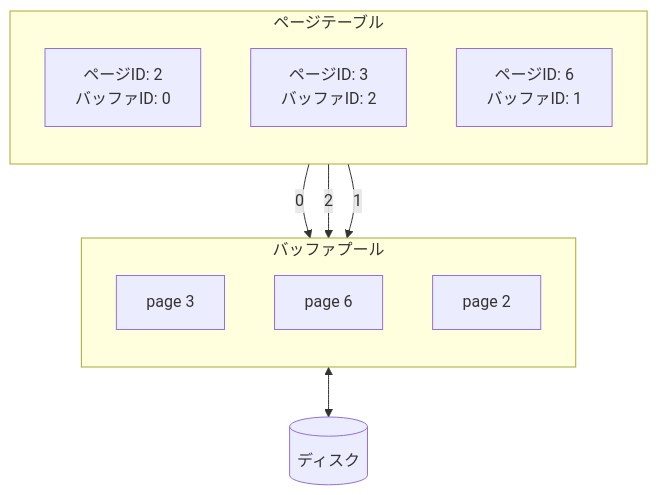
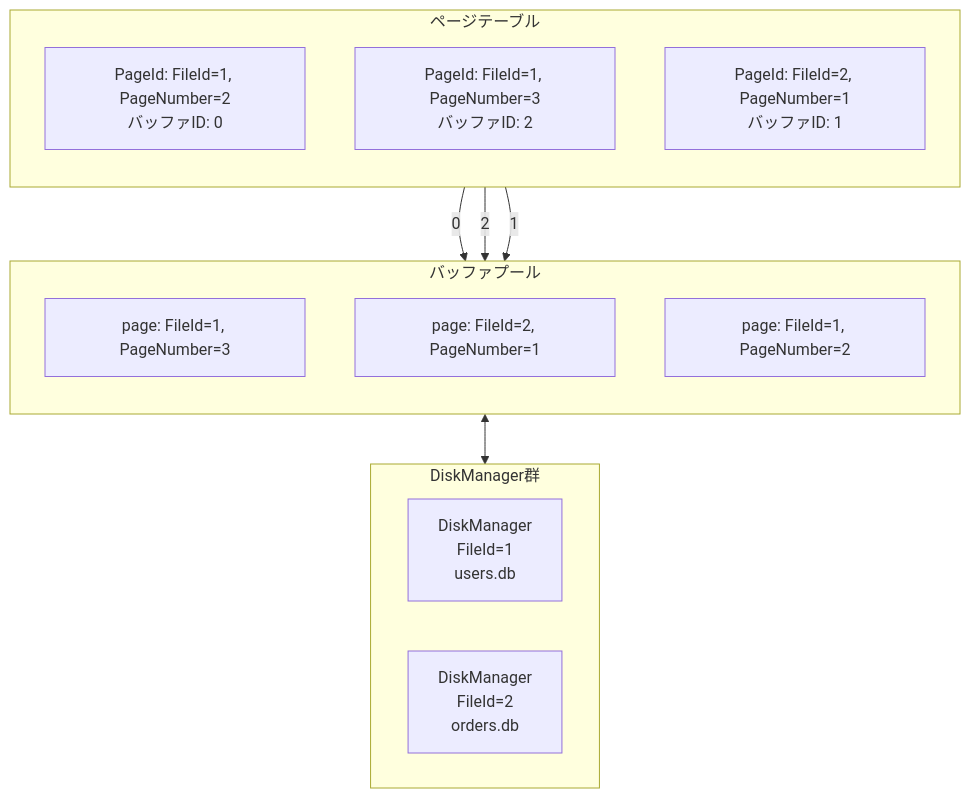
Before and after one commit to ren-yamanashi/minesql: the first of 2 diagrams in docs/architecture/bufferpool.md, drawn with Mermaid. The commit also changed other lines of this file, not shown here.

Commit message:
update bufferpool docs

````diff
--- a/docs/architecture/bufferpool.md
+++ b/docs/architecture/bufferpool.md
@@ -17,24 +24,27 @@
 ```mermaid
 graph TD
   subgraph pageTable[ページテーブル]
     direction TB
-    PT1[ページID: 2<br>バッファID: 0]
-    PT2[ページID: 3<br>バッファID: 2]
-    PT3[ページID: 6<br>バッファID: 1]
+    PT1[PageId: FileId=1, PageNumber=2<br>バッファID: 0]
+    PT2[PageId: FileId=1, PageNumber=3<br>バッファID: 2]
+    PT3[PageId: FileId=2, PageNumber=1<br>バッファID: 1]
     end
 
   subgraph bufferPool[バッファプール]
     direction TB
-    P1[page 3]
-    P2[page 6]
-    P3[page 2]
+    P1[page: FileId=1, PageNumber=3]
+    P2[page: FileId=2, PageNumber=1]
+    P3[page: FileId=1, PageNumber=2]
   end
 
   PT2 --0--> P1
   PT1 --2--> P3
   PT3 --1--> P2
 
-  disk[(ディスク)]
-  
-  bufferPool <--> disk
+  subgraph diskManagers[DiskManager群]
+    DM1[DiskManager<br>FileId=1<br>users.db]
+    DM2[DiskManager<br>FileId=2<br>orders.db]
+  end
+
+  bufferPool <--> diskManagers
 ```
````
